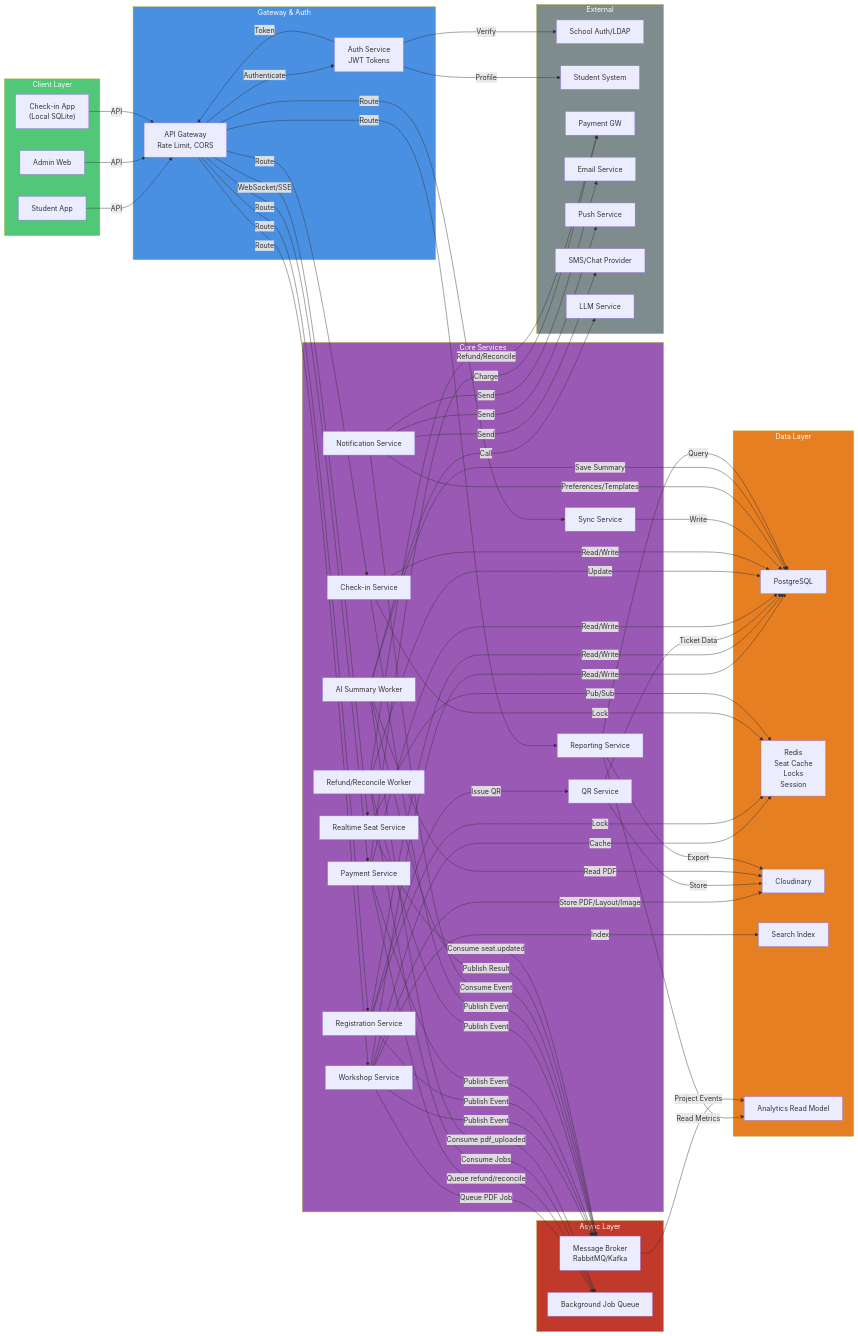
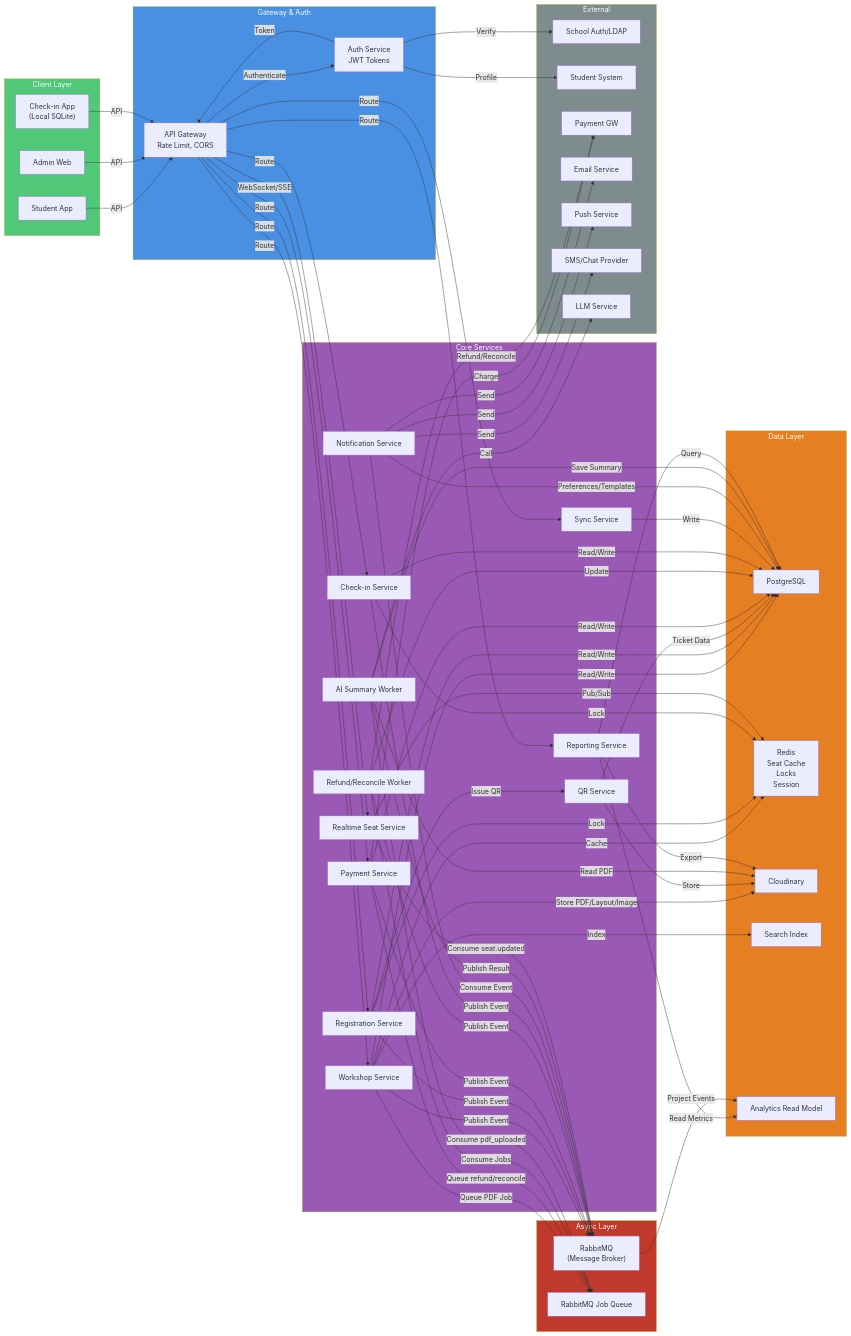
The third of 13 diagrams in docs/architecture.md (khoadanwneee/Software-Design), drawn with Mermaid before and after one commit. The commit also changed other lines of this file and 5 other files, not shown here.

First line of the commit message:
docs: replace Message Broker/Job Queue with RabbitMQ across all documentation

```diff
--- a/docs/architecture.md
+++ b/docs/architecture.md
@@ -331,8 +331,8 @@
     end
 
     subgraph Events["Async Layer"]
-        Broker["Message Broker<br/>RabbitMQ/Kafka"]
-        Jobs["Background Job Queue"]
+        Broker["RabbitMQ<br/>(Message Broker)"]
+        Jobs["RabbitMQ Job Queue"]
     end
 
     subgraph External["External"]
```
